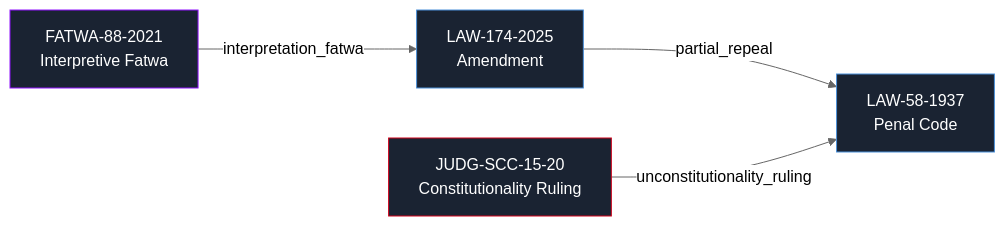
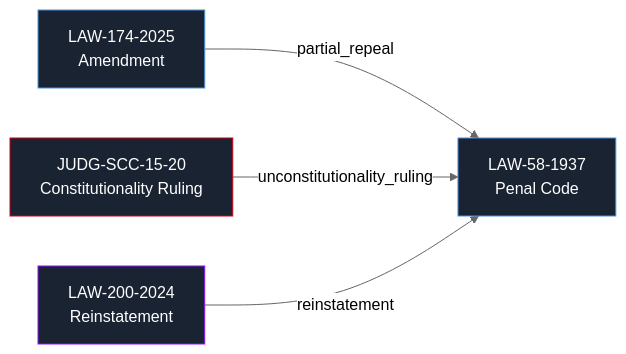
The fourth of 4 diagrams in README.md (heshammalek/ELKM-Egyptian-Legal-Knowledge-Model), drawn with Mermaid (neutral theme) before and after one commit. The commit also changed other lines of this file, not shown here.

````diff
--- a/README.md
+++ b/README.md
@@ -372,16 +379,16 @@
 ```mermaid
 graph LR
     L1["LAW-58-1937<br/>Penal Code"]
     L2["LAW-174-2025<br/>Amendment"]
     J1["JUDG-SCC-15-20<br/>Constitutionality Ruling"]
-    F1["FATWA-88-2021<br/>Interpretive Fatwa"]
+    L3["LAW-200-2024<br/>Reinstatement"]
 
     L2 -->|partial_repeal| L1
     J1 -->|unconstitutionality_ruling| L1
-    F1 -->|interpretation_fatwa| L2
+    L3 -->|reinstatement| L1
 
     style L1 fill:#1a2332,stroke:#4a90d9,color:#fff
     style L2 fill:#1a2332,stroke:#4a90d9,color:#fff
     style J1 fill:#1a2332,stroke:#d0021b,color:#fff
-    style F1 fill:#1a2332,stroke:#9013fe,color:#fff
+    style L3 fill:#1a2332,stroke:#9013fe,color:#fff
 ```
````
